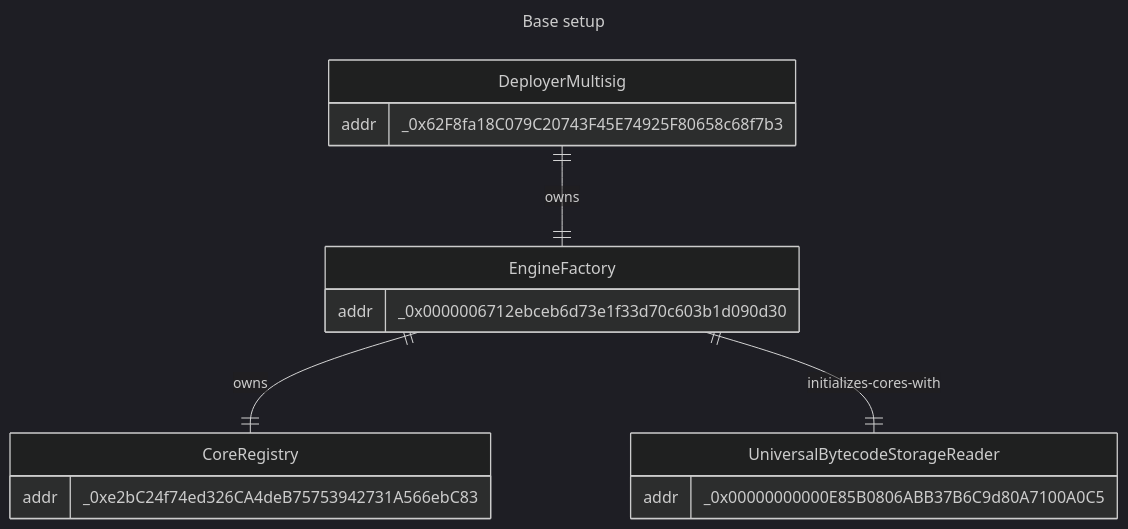
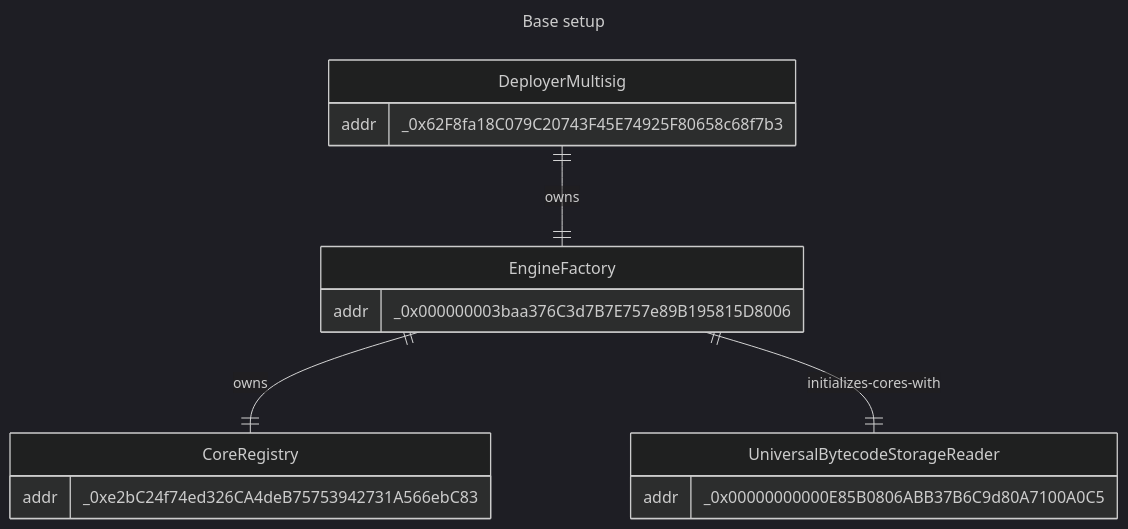
The third of 6 diagrams in packages/contracts/INFRASTRUCTURE.md (ArtBlocks/artblocks-contracts), drawn with Mermaid (dark theme) before and after one commit. The commit also changed other lines of this file and 17 other files, not shown here.

````diff
--- a/packages/contracts/INFRASTRUCTURE.md
+++ b/packages/contracts/INFRASTRUCTURE.md
@@ -92,21 +83,21 @@
 ```mermaid
 ---
 title: Base setup
 ---
 erDiagram
     DeployerMultisig ||--|| EngineFactory : owns
     EngineFactory ||--|| CoreRegistry : owns
     EngineFactory ||--|| UniversalBytecodeStorageReader : initializes-cores-with
     DeployerMultisig {
         addr _0x62F8fa18C079C20743F45E74925F80658c68f7b3
     }
     EngineFactory {
-        addr _0x0000006712ebceb6d73e1f33d70c603b1d090d30
+        addr _0x000000003baa376C3d7B7E757e89B195815D8006
     }
     CoreRegistry {
         addr _0xe2bC24f74ed326CA4deB75753942731A566ebC83
     }
     UniversalBytecodeStorageReader {
         addr _0x00000000000E85B0806ABB37B6C9d80A7100A0C5
     }
 ```
````
